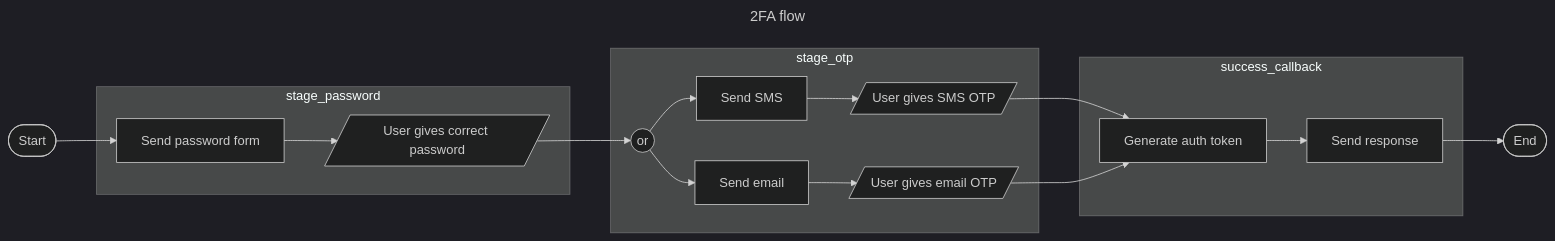
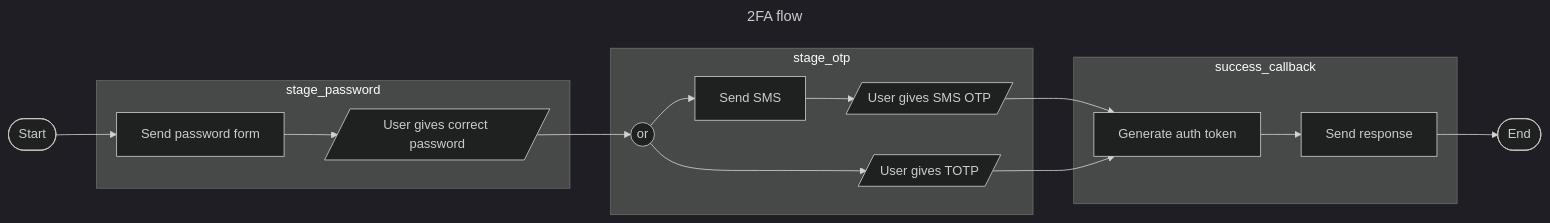
Before and after one commit to weareyipyip/charon_login: the diagram in README.md, drawn with Mermaid (dark theme). The commit also changed other lines of this file and 1 other file, not shown here.

````diff
--- a/README.md
+++ b/README.md
@@ -52,35 +100,33 @@
 ```mermaid
 ---
 title: 2FA flow
 ---
 flowchart LR
       start([Start])
       stop([End])
       pw_form[Send password form]
       pw_in[/User gives correct password/]
       or((or))
       sms_start[Send SMS]
       sms_in[/User gives SMS OTP/]
-      email_start[Send email]
-      email_in[/User gives email OTP/]
+      email_in[/User gives TOTP/]
       token[Generate auth token]
       response[Send response]
 
       start --> pw_form
       subgraph stage_password
       pw_form --> pw_in
       end
       subgraph stage_otp
       pw_in --> or
       or --> sms_start
-      or --> email_start
+      or --> email_in
       sms_start --> sms_in
-      email_start --> email_in
       end
       subgraph success_callback
       sms_in --> token
       email_in --> token
       token --> response
       end
       response --> stop
 ```
````
